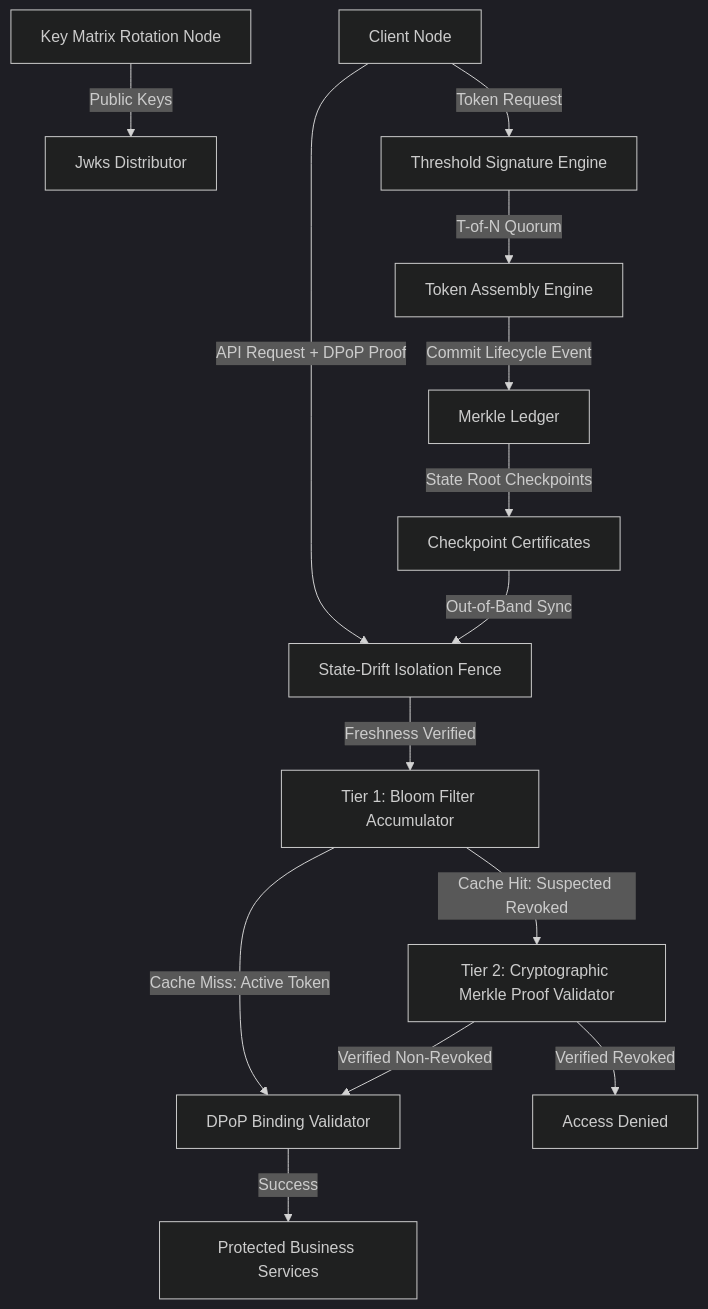
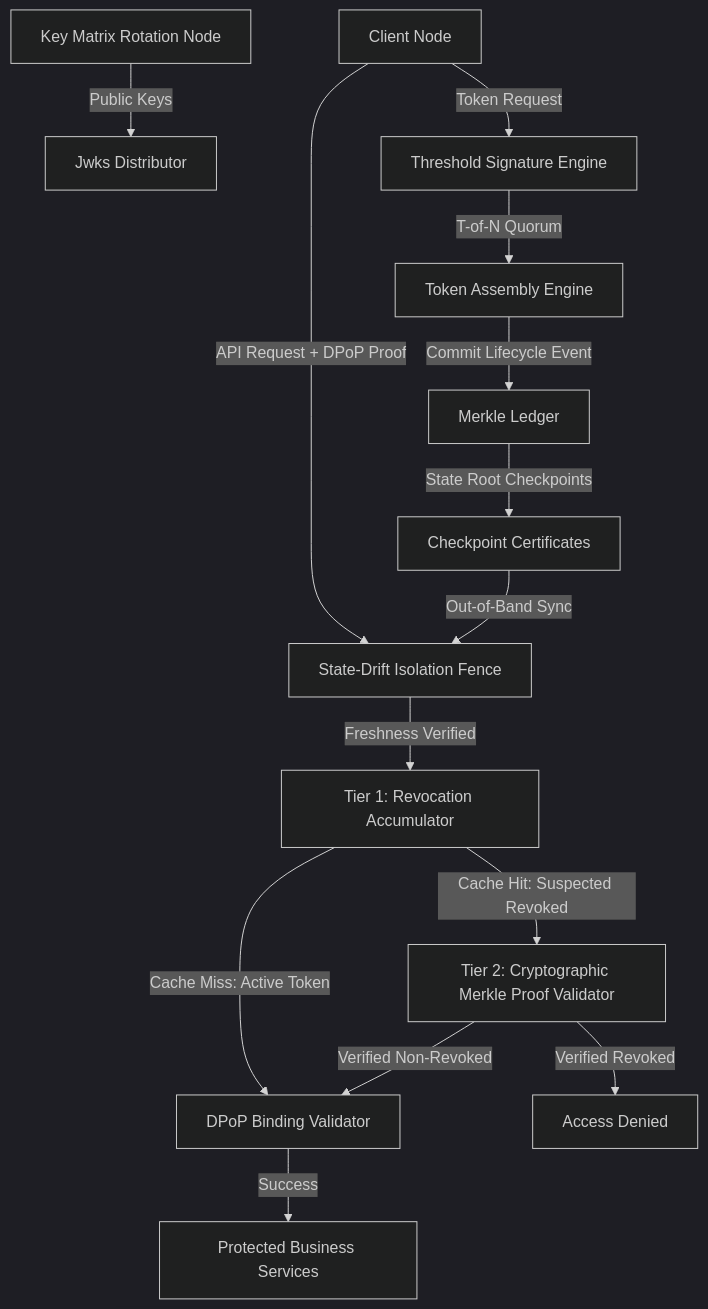
The first of 3 diagrams in README.md (Kefmat/zero-trust-token-authority), drawn with Mermaid (dark theme) before and after one commit. The commit also changed other lines of this file and 2 other files, not shown here.

First line of the commit message:
docs(readme): align architectural technical specifications with current source code

````diff
--- a/README.md
+++ b/README.md
@@ -9,16 +9,16 @@
 ```mermaid
 flowchart TD
     TS["Threshold Signature Engine"] -->|T-of-N Quorum| AS["Token Assembly Engine"]
     KM["Key Matrix Rotation Node"] -->|Public Keys| JWKS["Jwks Distributor"]
     ML["Merkle Ledger"] -->|State Root Checkpoints| CP["Checkpoint Certificates"]
     Client["Client Node"] -->|API Request + DPoP Proof| SF["State-Drift Isolation Fence"]
-    SF -->|Freshness Verified| BF["Tier 1: Bloom Filter Accumulator"]
-    BF -->|Cache Miss: Active Token| VA["DPoP Binding Validator"]
-    BF -->|Cache Hit: Suspected Revoked| MP["Tier 2: Cryptographic Merkle Proof Validator"]
+    SF -->|Freshness Verified| RA["Tier 1: Revocation Accumulator"]
+    RA -->|Cache Miss: Active Token| VA["DPoP Binding Validator"]
+    RA -->|Cache Hit: Suspected Revoked| MP["Tier 2: Cryptographic Merkle Proof Validator"]
     MP -->|Verified Non-Revoked| VA
     MP -->|Verified Revoked| RE["Access Denied"]
     VA -->|Success| ProtectedAPI["Protected Business Services"]
     Client -->|Token Request| TS
     AS -->|Commit Lifecycle Event| ML
     CP -->|Out-of-Band Sync| SF
 ```
````
